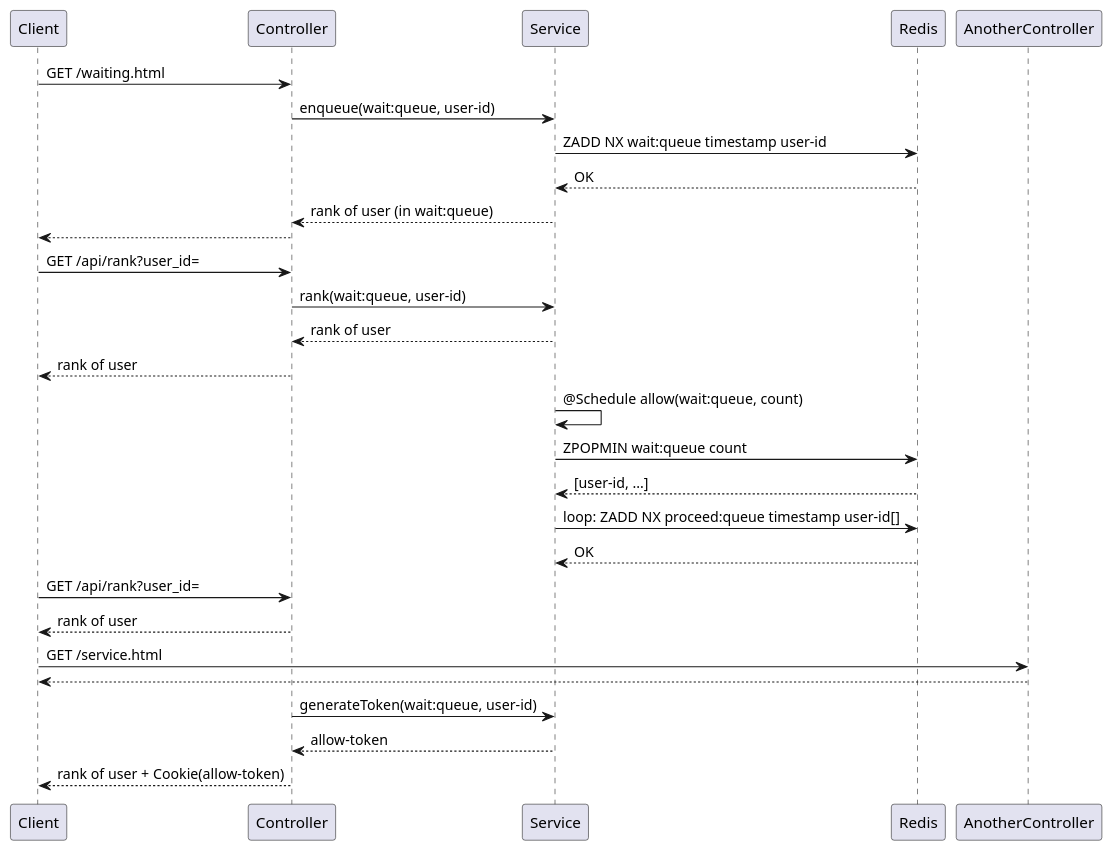
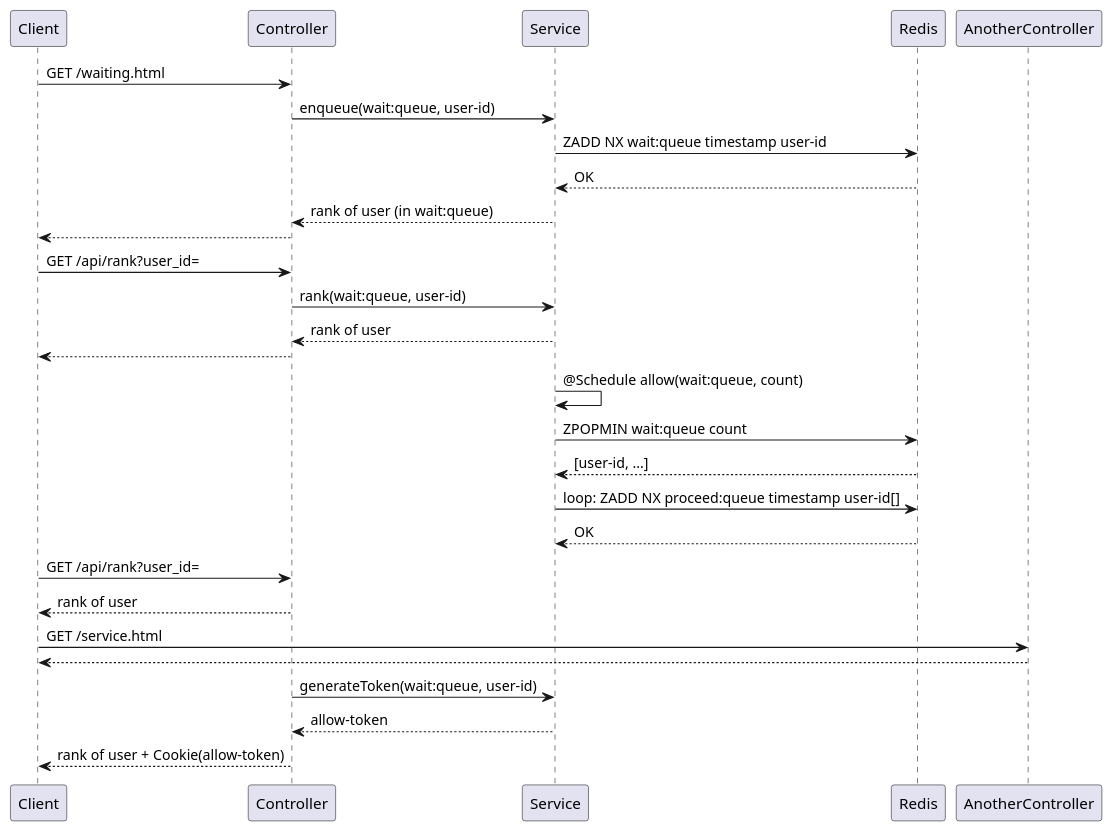
The diagram in _diary/2024-06-08.md (yanghoon/obsidian-workspace), drawn with PlantUML before and after one commit.

Commit message:
vault backup: 2024-06-08 14:29:41

````diff
--- a/_diary/2024-06-08.md
+++ b/_diary/2024-06-08.md
@@ -5,28 +5,28 @@
 ```plantuml
 Client -> Controller: GET /waiting.html
 Controller -> Service: enqueue(wait:queue, user-id)
 Service -> Redis: ZADD NX wait:queue timestamp user-id
 Service <-- Redis: OK
 Controller <-- Service: rank of user (in wait:queue)
 Client <-- Controller
 
 Client -> Controller: GET /api/rank?user_id=
 Controller -> Service: rank(wait:queue, user-id)
 Controller <-- Service: rank of user
-Client <-- Controller: rank of user
+Client <-- Controller
 
 Service -> Service: @Schedule allow(wait:queue, count)
 Service -> Redis: ZPOPMIN wait:queue count
 Service <-- Redis: [user-id, ...]
 Service -> Redis: loop: ZADD NX proceed:queue timestamp user-id[]
 Service <-- Redis: OK
 
 Client -> Controller: GET /api/rank?user_id=
 Client <-- Controller: rank of user
 Client -> AnotherController: GET /service.html
 Client <-- AnotherController
 
 Controller -> Service: generateToken(wait:queue, user-id)
 Controller <-- Service: allow-token
 Client <-- Controller: rank of user + Cookie(allow-token)
 ```
````
